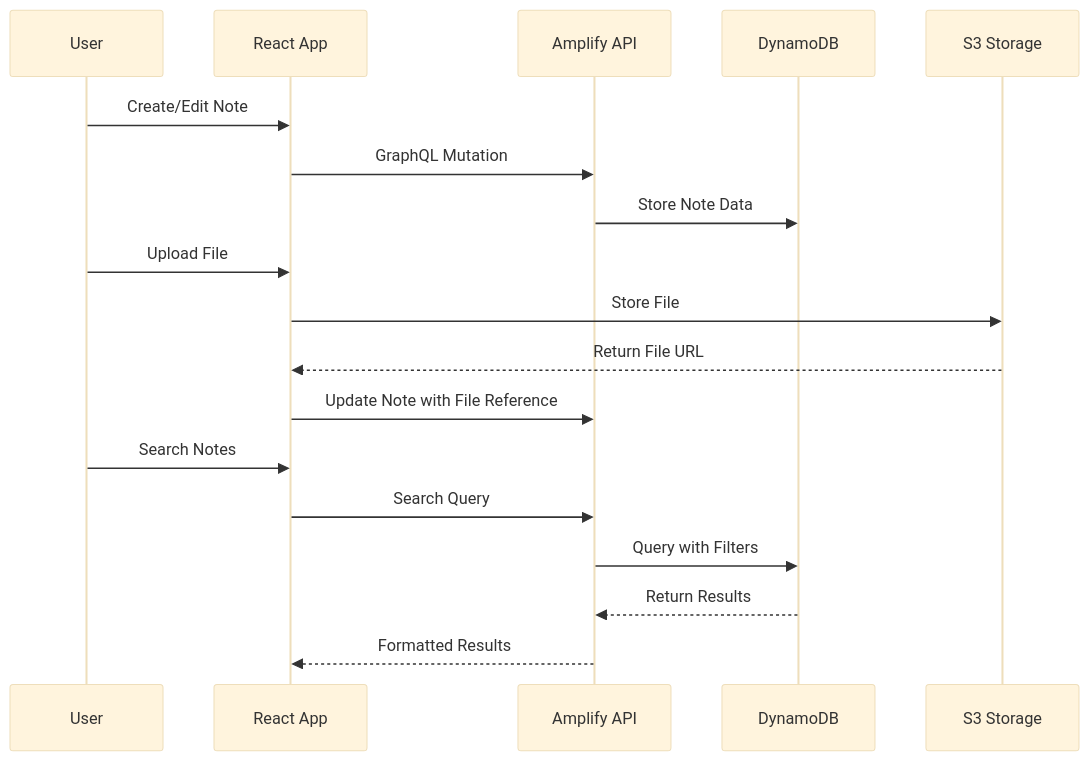
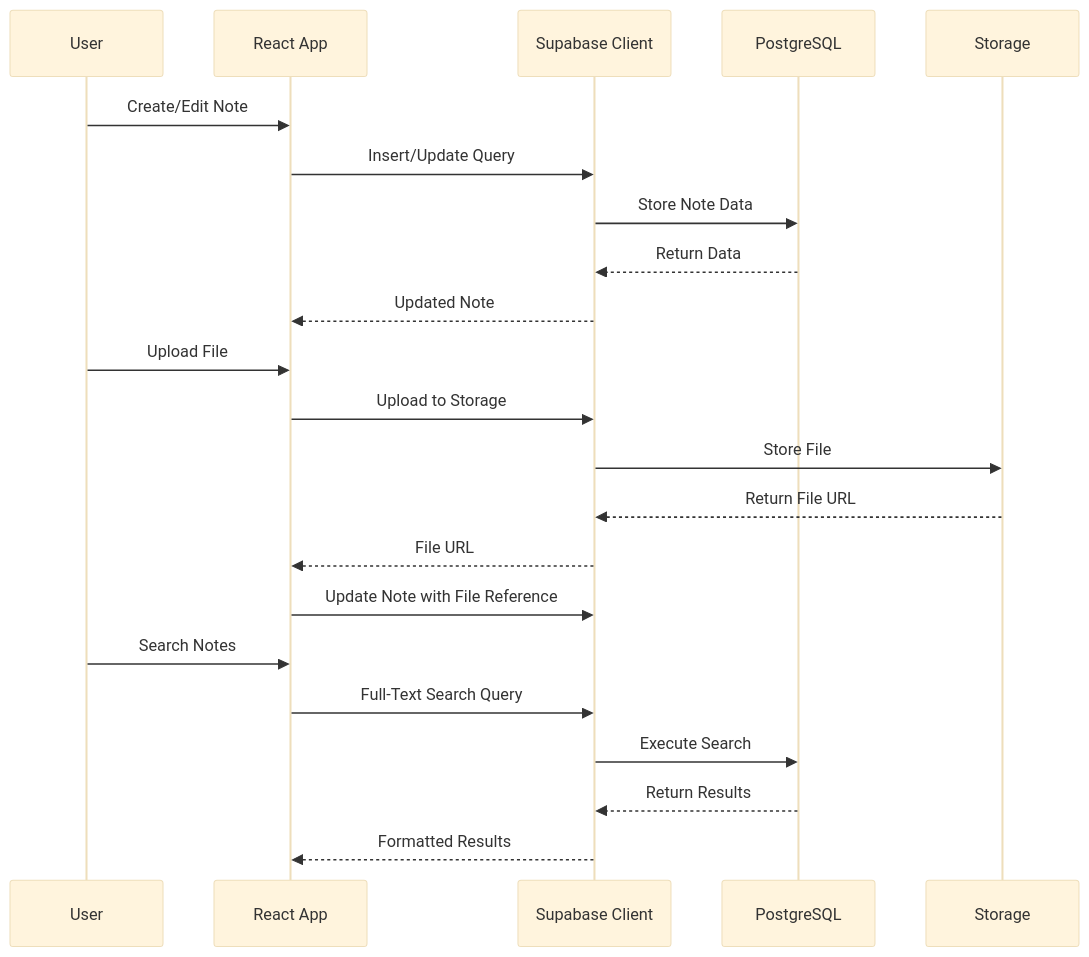
The second of 2 diagrams in .kiro/specs/web-note-app/design.md (Frederick-S/mininote), drawn with Mermaid (base theme) before and after one commit. The commit also changed other lines of this file and 2 other files, not shown here.

First line of the commit message:
Redesign spec to use Supabase instead of AWS Amplify

````diff
--- a/.kiro/specs/web-note-app/design.md
+++ b/.kiro/specs/web-note-app/design.md
@@ -61,23 +56,27 @@
 ```mermaid
 sequenceDiagram
     participant U as User
     participant R as React App
-    participant A as Amplify API
-    participant D as DynamoDB
-    participant S as S3 Storage
+    participant S as Supabase Client
+    participant D as PostgreSQL
+    participant F as Storage
     
     U->>R: Create/Edit Note
-    R->>A: GraphQL Mutation
-    A->>D: Store Note Data
+    R->>S: Insert/Update Query
+    S->>D: Store Note Data
+    D-->>S: Return Data
+    S-->>R: Updated Note
     
     U->>R: Upload File
-    R->>S: Store File
-    S-->>R: Return File URL
-    R->>A: Update Note with File Reference
+    R->>S: Upload to Storage
+    S->>F: Store File
+    F-->>S: Return File URL
+    S-->>R: File URL
+    R->>S: Update Note with File Reference
     
     U->>R: Search Notes
-    R->>A: Search Query
-    A->>D: Query with Filters
-    D-->>A: Return Results
-    A-->>R: Formatted Results
+    R->>S: Full-Text Search Query
+    S->>D: Execute Search
+    D-->>S: Return Results
+    S-->>R: Formatted Results
 ```
````
